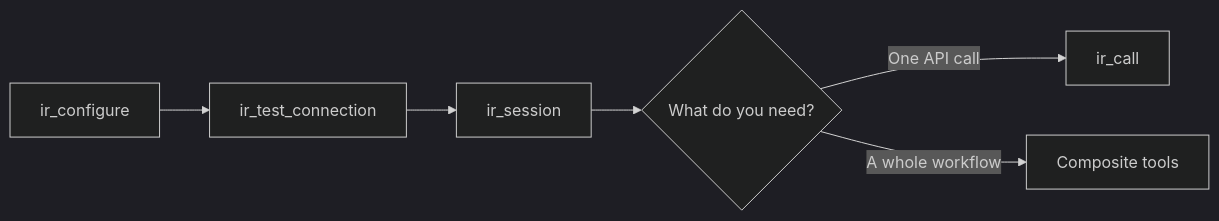
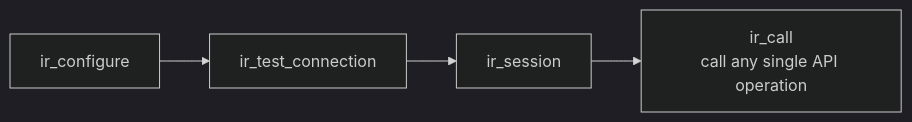
Diagram 13 of 27 in README.md (manikumarkv/imageright-mcp), drawn with Mermaid (dark theme) before and after one commit. The commit also changed other lines of this file, not shown here.

First line of the commit message:
docs: split README Client section into Client and Composite workflows

````diff
--- a/README.md
+++ b/README.md
@@ -129,6 +129,4 @@
 ```mermaid
 flowchart LR
-  A[ir_configure] --> B[ir_test_connection] --> C[ir_session] --> D{What do you need?}
-  D -->|One API call| E[ir_call]
-  D -->|A whole workflow| F[Composite tools]
+  A[ir_configure] --> B[ir_test_connection] --> C[ir_session] --> D[ir_call<br/>call any single API operation]
 ```
````
